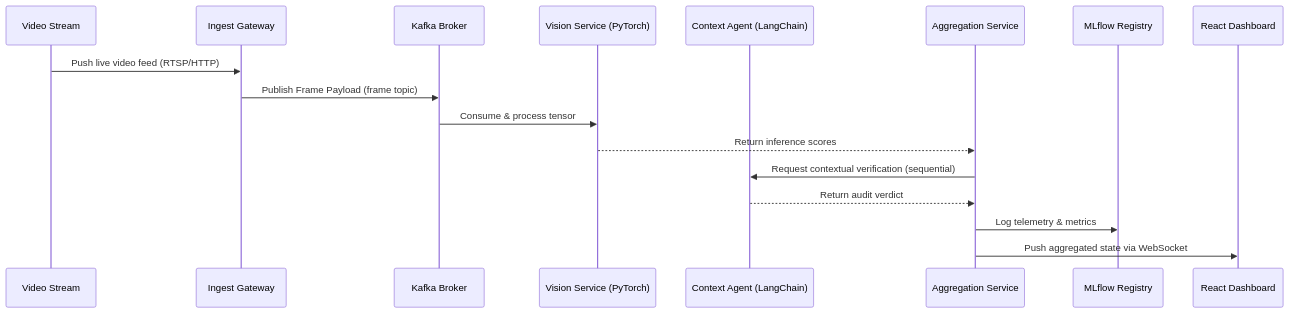
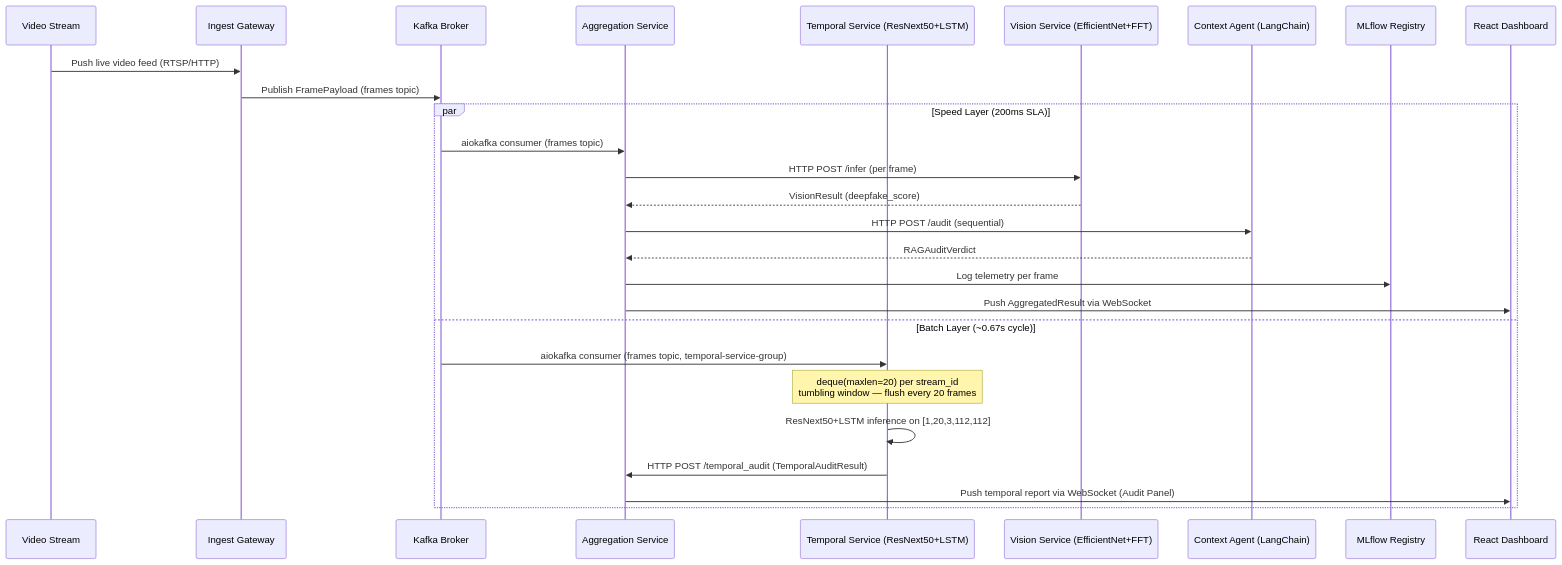
One commit to Van-der/ARDD_TP changed the diagram in PLAN/FLOW.md. Above: the diagram before and after it, drawn with Mermaid. The commit also changed other lines of this file and 21 other files, not shown here.

````diff
--- a/PLAN/FLOW.md
+++ b/PLAN/FLOW.md
@@ -5,20 +5,31 @@
 ```mermaid
 sequenceDiagram
     participant Source as Video Stream
     participant Gateway as Ingest Gateway
     participant Kafka as Kafka Broker
-    participant Vision as Vision Service (PyTorch)
+    participant Agg as Aggregation Service
+    participant Temporal as Temporal Service (ResNext50+LSTM)
+    participant Vision as Vision Service (EfficientNet+FFT)
     participant RAG as Context Agent (LangChain)
-    participant Agg as Aggregation Service
     participant MLflow as MLflow Registry
     participant UI as React Dashboard
 
     Source->>Gateway: Push live video feed (RTSP/HTTP)
-    Gateway->>Kafka: Publish Frame Payload (frame topic)
-    Kafka->>Vision: Consume & process tensor
-    Vision-->>Agg: Return inference scores
-    Agg->>RAG: Request contextual verification (sequential)
-    RAG-->>Agg: Return audit verdict
-    Agg->>MLflow: Log telemetry & metrics
-    Agg->>UI: Push aggregated state via WebSocket
+    Gateway->>Kafka: Publish FramePayload (frames topic)
+
+    par Speed Layer (200ms SLA)
+        Kafka->>Agg: aiokafka consumer (frames topic)
+        Agg->>Vision: HTTP POST /infer (per frame)
+        Vision-->>Agg: VisionResult (deepfake_score)
+        Agg->>RAG: HTTP POST /audit (sequential)
+        RAG-->>Agg: RAGAuditVerdict
+        Agg->>MLflow: Log telemetry per frame
+        Agg->>UI: Push AggregatedResult via WebSocket
+    and Batch Layer (~0.67s cycle)
+        Kafka->>Temporal: aiokafka consumer (frames topic, temporal-service-group)
+        Note over Temporal: deque(maxlen=20) per stream_id<br/>tumbling window — flush every 20 frames
+        Temporal->>Temporal: ResNext50+LSTM inference on [1,20,3,112,112]
+        Temporal->>Agg: HTTP POST /temporal_audit (TemporalAuditResult)
+        Agg->>UI: Push temporal report via WebSocket (Audit Panel)
+    end
 ```
````
